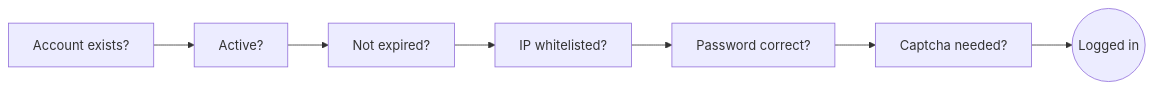
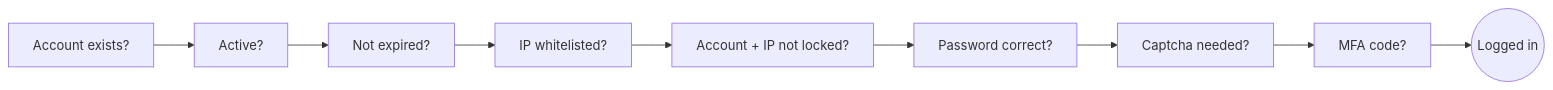
The diagram in en/modules/erupt-upms/user.md (erupts/erupt-docs), drawn with Mermaid before and after one commit. The commit also changed other lines of this file and 114 other files, not shown here.

````diff
--- a/en/modules/erupt-upms/user.md
+++ b/en/modules/erupt-upms/user.md
@@ -28,4 +30,4 @@
 ```mermaid
 flowchart LR
-    A[Account exists?] --> B[Active?] --> C[Not expired?] --> D[IP whitelisted?] --> E[Password correct?] --> F[Captcha needed?] --> G((Logged in))
+    A[Account exists?] --> B[Active?] --> C[Not expired?] --> D[IP whitelisted?] --> L[Account + IP not locked?] --> E[Password correct?] --> F[Captcha needed?] --> M[MFA code?] --> G((Logged in))
 ```
````
